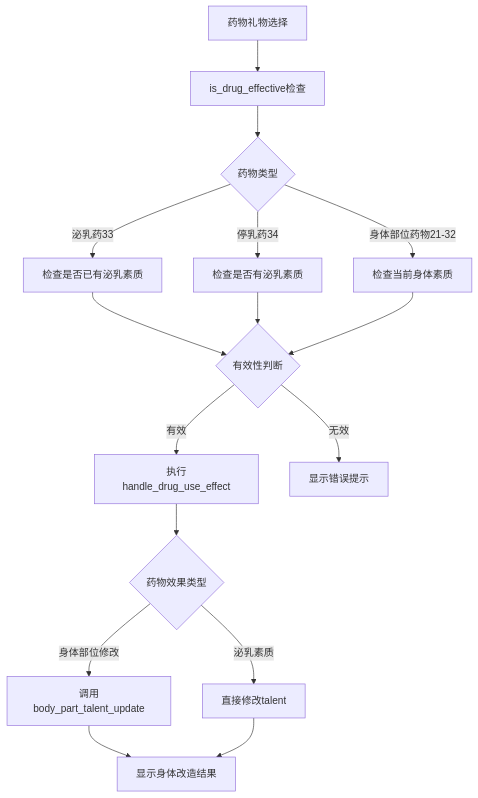
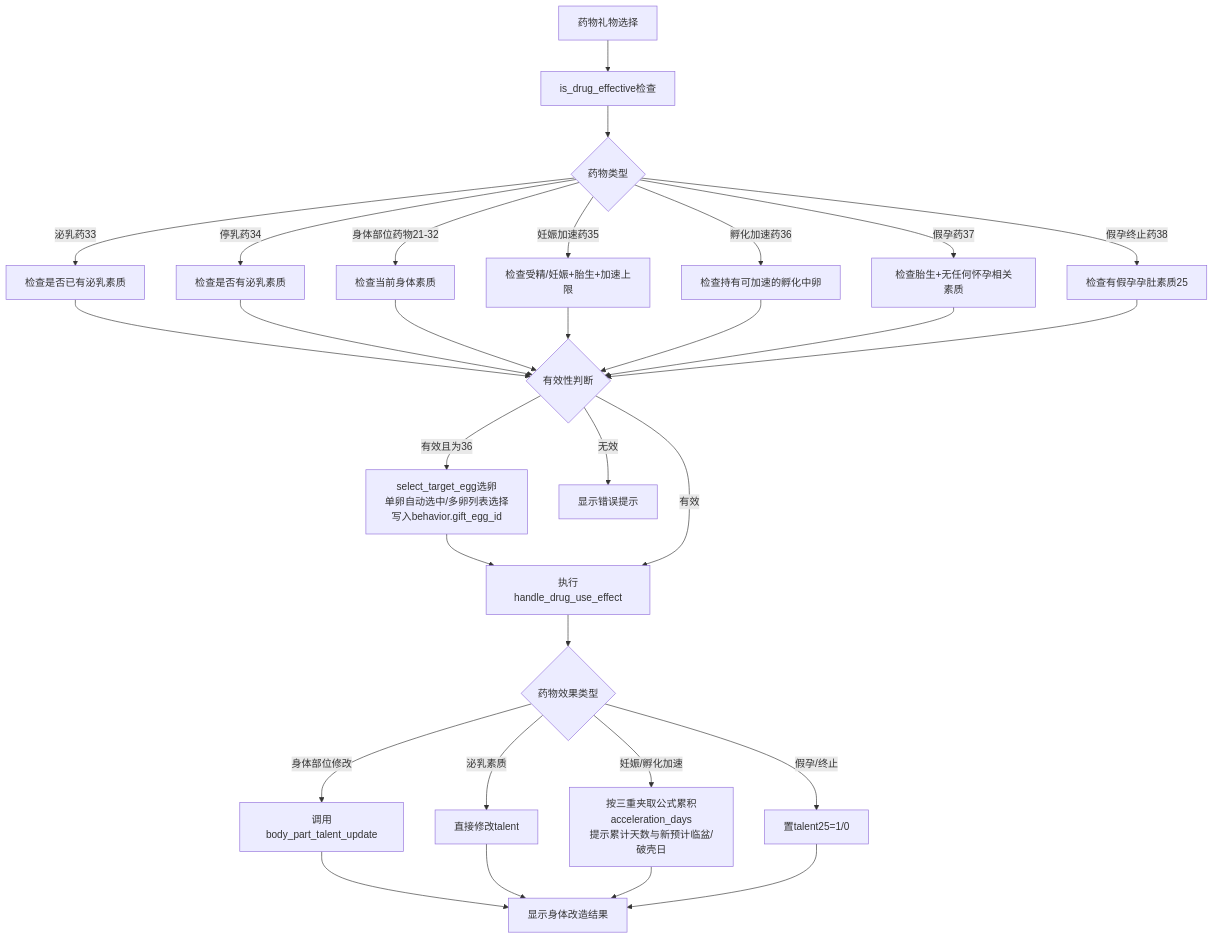
The third of 3 diagrams in .github/prompts/数据处理工作流/礼物系统.md (Godofcong-1/erArk), drawn with Mermaid before and after one commit. The commit also changed other lines of this file and 26 other files, not shown here.

````diff
--- a/.github/prompts/数据处理工作流/礼物系统.md
+++ b/.github/prompts/数据处理工作流/礼物系统.md
@@ -147,18 +156,32 @@
 ```mermaid
 graph TD
     A[药物礼物选择] --> B[is_drug_effective检查]
     B --> C{药物类型}
     C -->|泌乳药33| D[检查是否已有泌乳素质]
     C -->|停乳药34| E[检查是否有泌乳素质]
     C -->|身体部位药物21-32| F[检查当前身体素质]
+    C -->|妊娠加速药35| F2[检查受精/妊娠+胎生+加速上限]
+    C -->|孵化加速药36| F3[检查持有可加速的孵化中卵]
+    C -->|假孕药37| F4[检查胎生+无任何怀孕相关素质]
+    C -->|假孕终止药38| F5[检查有假孕孕肚素质25]
     D --> G{有效性判断}
     E --> G
     F --> G
+    F2 --> G
+    F3 --> G
+    F4 --> G
+    F5 --> G
+    G -->|有效且为36| S[select_target_egg选卵<br/>单卵自动选中/多卵列表选择<br/>写入behavior.gift_egg_id]
+    S --> H
     G -->|有效| H[执行handle_drug_use_effect]
     G -->|无效| I[显示错误提示]
     H --> J{药物效果类型}
     J -->|身体部位修改| K[调用body_part_talent_update]
     J -->|泌乳素质| L[直接修改talent]
+    J -->|妊娠/孵化加速| N[按三重夹取公式累积acceleration_days<br/>提示累计天数与新预计临盆/破壳日]
+    J -->|假孕/终止| O[置talent25=1/0]
     K --> M[显示身体改造结果]
     L --> M
+    N --> M
+    O --> M
 ```
````
